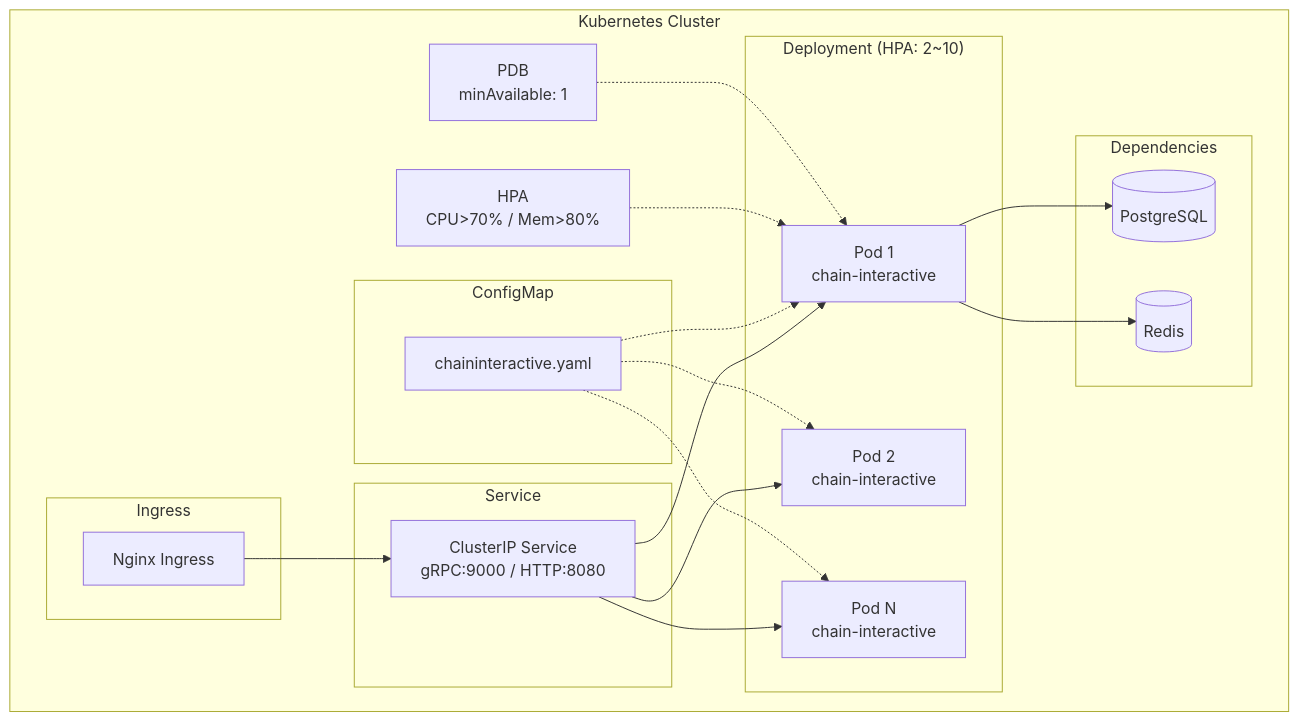
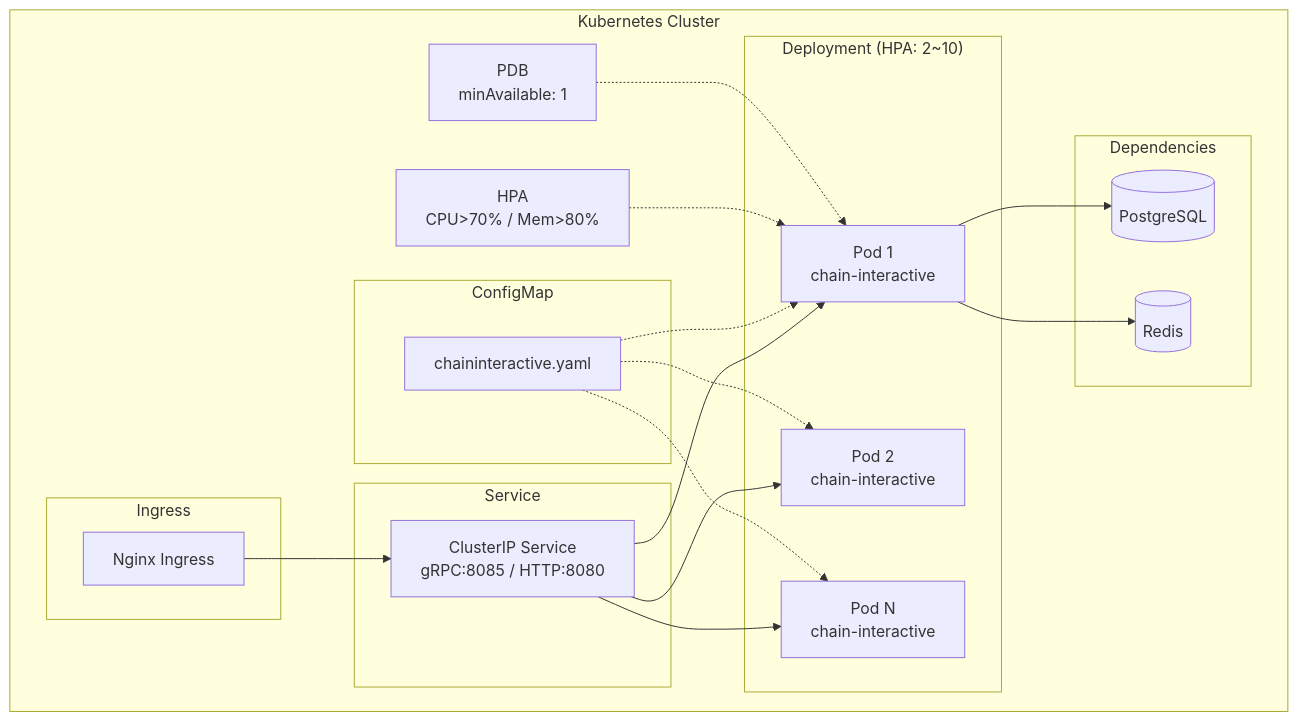
One commit to jackz-jones/blockchain-interactive-service changed the sixth of 8 diagrams in doc/architecture_cn.md. Above: the diagram before and after it, drawn with Mermaid. The commit also changed other lines of this file and 5 other files, not shown here.

````diff
--- a/doc/architecture_cn.md
+++ b/doc/architecture_cn.md
@@ -415,42 +447,42 @@
 ```mermaid
 graph TB
     subgraph K8sCluster["Kubernetes Cluster"]
         subgraph IngressLayer["Ingress"]
             IngressNode[Nginx Ingress]
         end
 
         subgraph ServiceLayer["Service"]
-            SVC[ClusterIP Service<br/>gRPC:9000 / HTTP:8080]
+        SVC[ClusterIP Service<br/>gRPC:8085 / HTTP:8080]
         end
 
         subgraph DeploymentLayer["Deployment (HPA: 2~10)"]
             Pod1[Pod 1<br/>chain-interactive]
             Pod2[Pod 2<br/>chain-interactive]
             PodN[Pod N<br/>chain-interactive]
         end
 
         subgraph ConfigMapLayer["ConfigMap"]
             CM[chaininteractive.yaml]
         end
 
         subgraph DepsLayer["Dependencies"]
             PG[(PostgreSQL)]
             RD[(Redis)]
         end
 
         HPA[HPA<br/>CPU>70% / Mem>80%]
         PDB[PDB<br/>minAvailable: 1]
     end
 
     IngressNode --> SVC
     SVC --> Pod1
     SVC --> Pod2
     SVC --> PodN
     CM -.-> Pod1
     CM -.-> Pod2
     CM -.-> PodN
     Pod1 --> PG
     Pod1 --> RD
     HPA -.-> Pod1
     PDB -.-> Pod1
 ```
````
